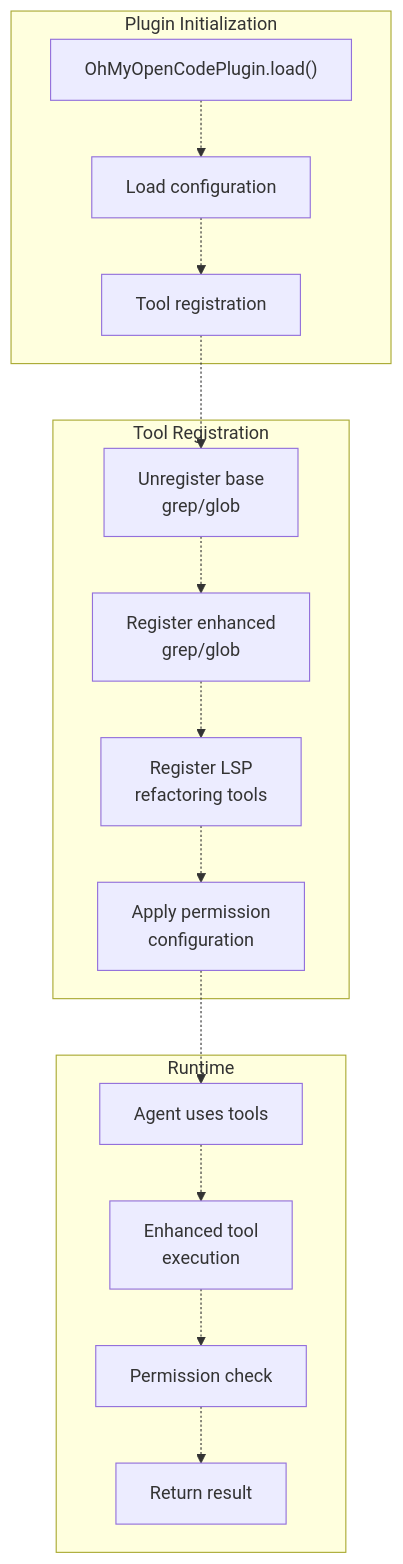
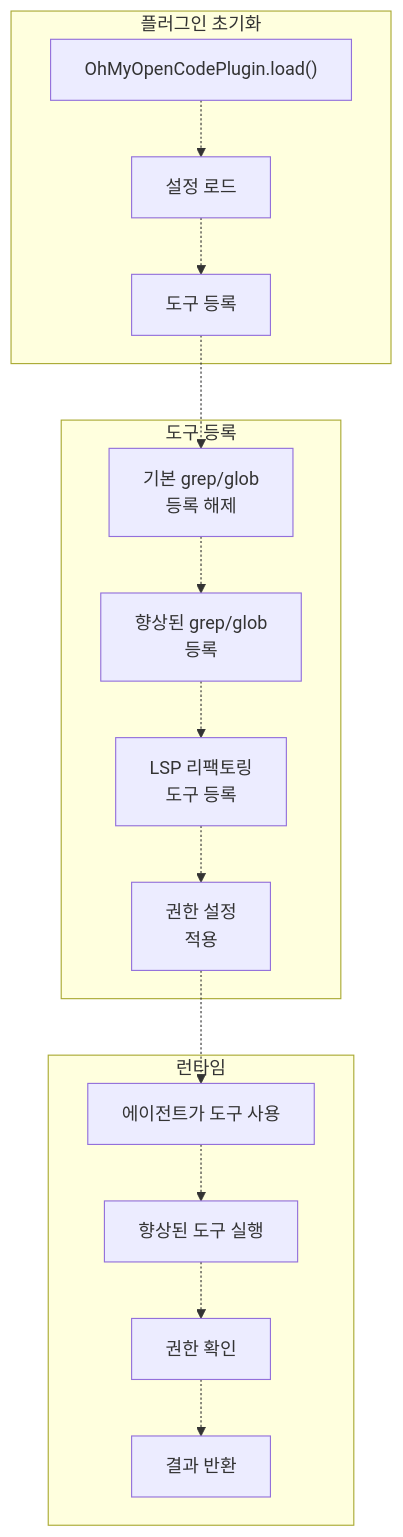
The seventh of 7 diagrams in docs/tools/lsp-tools.md (felipetruman/oh-my-opencode-docs), drawn with Mermaid before and after one commit. The commit also changed other lines of this file and 76 other files, not shown here.

````diff
--- a/docs/tools/lsp-tools.md
+++ b/docs/tools/lsp-tools.md
@@ -461,46 +461,46 @@
 ```mermaid
 flowchart TD
 
 PluginLoad["OhMyOpenCodePlugin.load()"]
-ConfigLoad["Load configuration"]
-ToolRegistry["Tool registration"]
-UnregisterBase["Unregister base<br>grep/glob"]
-RegisterEnh["Register enhanced<br>grep/glob"]
-RegisterLSP["Register LSP<br>refactoring tools"]
-ApplyPerms["Apply permission<br>configuration"]
-AgentCall["Agent uses tools"]
-EnhExec["Enhanced tool<br>execution"]
-PermCheck["Permission check"]
-Result["Return result"]
+ConfigLoad["설정 로드"]
+ToolRegistry["도구 등록"]
+UnregisterBase["기본 grep/glob<br>등록 해제"]
+RegisterEnh["향상된 grep/glob<br>등록"]
+RegisterLSP["LSP 리팩토링<br>도구 등록"]
+ApplyPerms["권한 설정<br>적용"]
+AgentCall["에이전트가 도구 사용"]
+EnhExec["향상된 도구 실행"]
+PermCheck["권한 확인"]
+Result["결과 반환"]
 
 ToolRegistry -.-> UnregisterBase
 ApplyPerms -.-> AgentCall
 
-subgraph Runtime ["Runtime"]
+subgraph Runtime ["런타임"]
     AgentCall
     EnhExec
     PermCheck
     Result
     AgentCall -.-> EnhExec
     EnhExec -.-> PermCheck
     PermCheck -.-> Result
 end
 
-subgraph subGraph1 ["Tool Registration"]
+subgraph subGraph1 ["도구 등록"]
     UnregisterBase
     RegisterEnh
     RegisterLSP
     ApplyPerms
     UnregisterBase -.-> RegisterEnh
     RegisterEnh -.-> RegisterLSP
     RegisterLSP -.-> ApplyPerms
 end
 
-subgraph subGraph0 ["Plugin Initialization"]
+subgraph subGraph0 ["플러그인 초기화"]
     PluginLoad
     ConfigLoad
     ToolRegistry
     PluginLoad -.-> ConfigLoad
     ConfigLoad -.-> ToolRegistry
 end
 ```
````
